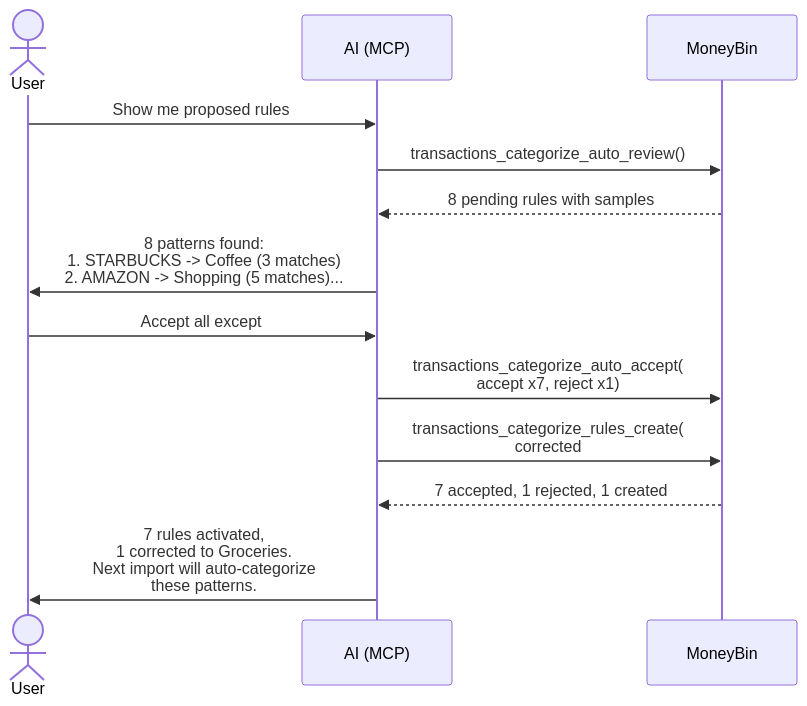
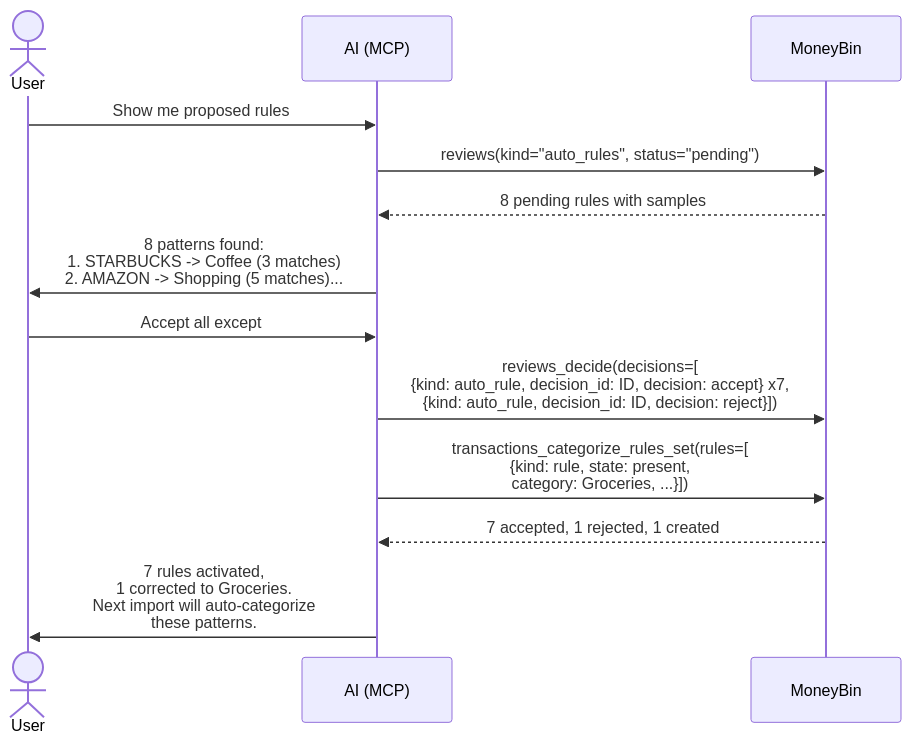
The diagram in docs/specs/categorization-auto-rules.md (bsaffel/moneybin), drawn with Mermaid before and after one commit. The commit also changed other lines of this file and 11 other files, not shown here.

````diff
--- a/docs/specs/categorization-auto-rules.md
+++ b/docs/specs/categorization-auto-rules.md
@@ -245,16 +245,16 @@
 ```mermaid
 sequenceDiagram
     actor User
     participant AI as AI (MCP)
     participant Sys as MoneyBin
 
     User->>AI: Show me proposed rules
-    AI->>Sys: transactions_categorize_auto_review()
+    AI->>Sys: reviews(kind="auto_rules", status="pending")
     Sys-->>AI: 8 pending rules with samples
     AI->>User: 8 patterns found:<br/>1. STARBUCKS -> Coffee (3 matches)<br/>2. AMAZON -> Shopping (5 matches)...
     User->>AI: Accept all except #4,<br/>that should be Groceries
-    AI->>Sys: transactions_categorize_auto_accept(<br/>accept x7, reject x1)
-    AI->>Sys: transactions_categorize_rules_create(<br/>corrected #4 as Groceries)
+    AI->>Sys: reviews_decide(decisions=[<br/>{kind: auto_rule, decision_id: ID, decision: accept} x7,<br/>{kind: auto_rule, decision_id: ID, decision: reject}])
+    AI->>Sys: transactions_categorize_rules_set(rules=[<br/>{kind: rule, state: present,<br/>category: Groceries, ...}])
     Sys-->>AI: 7 accepted, 1 rejected, 1 created
     AI->>User: 7 rules activated,<br/>1 corrected to Groceries.<br/>Next import will auto-categorize<br/>these patterns.
 ```
````
